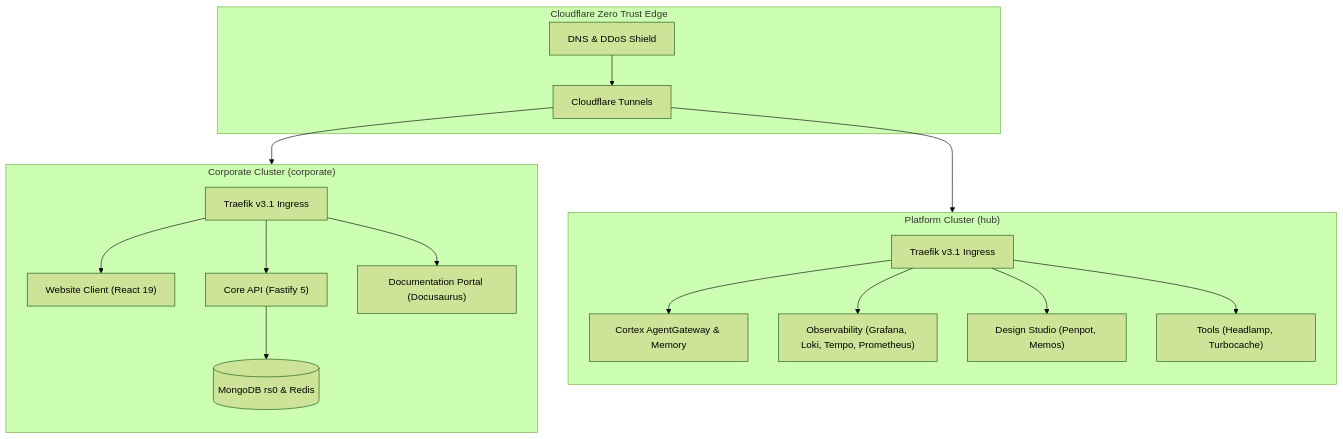
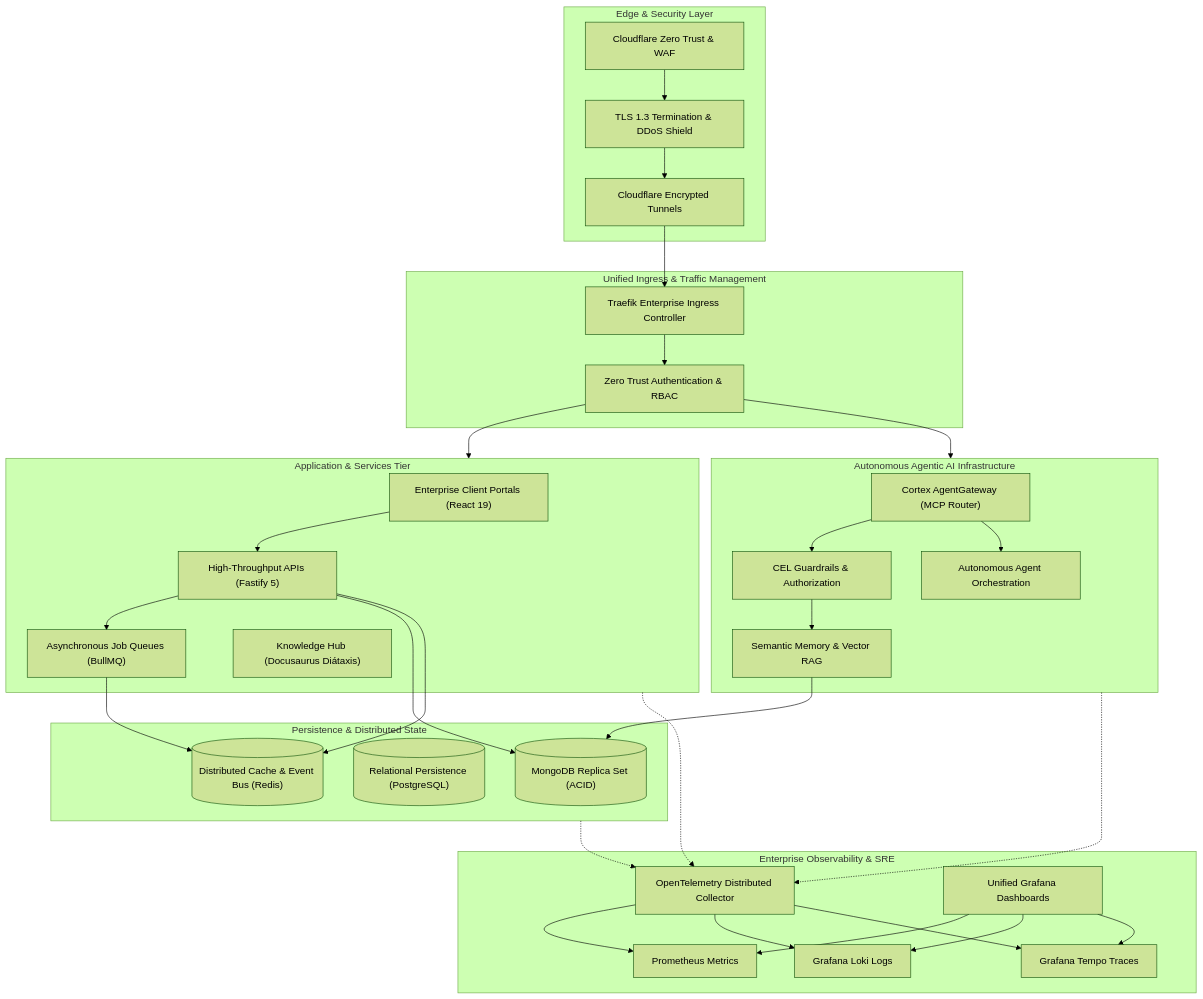
The diagram in profile/README.md (tupynambalucas-dev/.github), drawn with Mermaid (forest theme) before and after one commit. The commit also changed other lines of this file and 13 other files, not shown here.

````diff
--- a/profile/README.md
+++ b/profile/README.md
@@ -98,41 +105,74 @@
 ```mermaid
 graph TD
   direction TD
 
-  subgraph Edge ["Cloudflare Zero Trust Edge"]
-    DNS["DNS & DDoS Shield"]
-    Tunnel["Cloudflare Tunnels"]
-    DNS --> Tunnel
+  subgraph EdgeLayer ["Edge & Security Layer"]
+    Cloudflare["Cloudflare Zero Trust & WAF"]
+    EdgeTLS["TLS 1.3 Termination & DDoS Shield"]
+    Tunnels["Cloudflare Encrypted Tunnels"]
+
+    Cloudflare --> EdgeTLS
+    EdgeTLS --> Tunnels
   end
 
-  subgraph HubCluster ["Platform Cluster (hub)"]
-    direction TB
-    TraefikHub["Traefik v3.1 Ingress"]
-    Cortex["Cortex AgentGateway & Memory"]
-    Obs["Observability (Grafana, Loki, Tempo, Prometheus)"]
-    Studio["Design Studio (Penpot, Memos)"]
-    DevTools["Tools (Headlamp, Turbocache)"]
+  subgraph IngressGateway ["Unified Ingress & Traffic Management"]
+    TraefikIngress["Traefik Enterprise Ingress Controller"]
+    AuthPolicy["Zero Trust Authentication & RBAC"]
 
-    TraefikHub --> Cortex
-    TraefikHub --> Obs
-    TraefikHub --> Studio
-    TraefikHub --> DevTools
+    TraefikIngress --> AuthPolicy
   end
 
-  subgraph CorporateCluster ["Corporate Cluster (corporate)"]
-    direction TB
-    TraefikCorp["Traefik v3.1 Ingress"]
-    Web["Website Client (React 19)"]
-    API["Core API (Fastify 5)"]
-    Portal["Documentation Portal (Docusaurus)"]
-    DB[("MongoDB rs0 & Redis")]
+  subgraph ApplicationTier ["Application & Services Tier"]
+    CorpWeb["Enterprise Client Portals (React 19)"]
+    CoreAPI["High-Throughput APIs (Fastify 5)"]
+    AsyncQueue["Asynchronous Job Queues (BullMQ)"]
+    DocsPortal["Knowledge Hub (Docusaurus Diátaxis)"]
 
-    TraefikCorp --> Web
-    TraefikCorp --> API
-    TraefikCorp --> Portal
-    API --> DB
+    CorpWeb --> CoreAPI
+    CoreAPI --> AsyncQueue
   end
 
-  Tunnel --> TraefikHub
-  Tunnel --> TraefikCorp
+  subgraph CognitiveAITier ["Autonomous Agentic AI Infrastructure"]
+    AgentGW["Cortex AgentGateway (MCP Router)"]
+    CELGuard["CEL Guardrails & Authorization"]
+    MemorySubsystem["Semantic Memory & Vector RAG"]
+    AgentRuntimes["Autonomous Agent Orchestration"]
+
+    AgentGW --> CELGuard
+    CELGuard --> MemorySubsystem
+    AgentGW --> AgentRuntimes
+  end
+
+  subgraph DataTier ["Persistence & Distributed State"]
+    MongoCluster[("MongoDB Replica Set (ACID)")]
+    PostgresDB[("Relational Persistence (PostgreSQL)")]
+    RedisCache[("Distributed Cache & Event Bus (Redis)")]
+
+    CoreAPI --> MongoCluster
+    CoreAPI --> RedisCache
+    AsyncQueue --> RedisCache
+    MemorySubsystem --> MongoCluster
+  end
+
+  subgraph TelemetryTier ["Enterprise Observability & SRE"]
+    Otel["OpenTelemetry Distributed Collector"]
+    Metrics["Prometheus Metrics"]
+    Logs["Grafana Loki Logs"]
+    Traces["Grafana Tempo Traces"]
+    Dashboards["Unified Grafana Dashboards"]
+
+    Otel --> Metrics
+    Otel --> Logs
+    Otel --> Traces
+    Dashboards --> Metrics
+    Dashboards --> Logs
+    Dashboards --> Traces
+  end
+
+  Tunnels --> TraefikIngress
+  AuthPolicy --> ApplicationTier
+  AuthPolicy --> CognitiveAITier
+  ApplicationTier -.-> Otel
+  CognitiveAITier -.-> Otel
+  DataTier -.-> Otel
 ```
````
